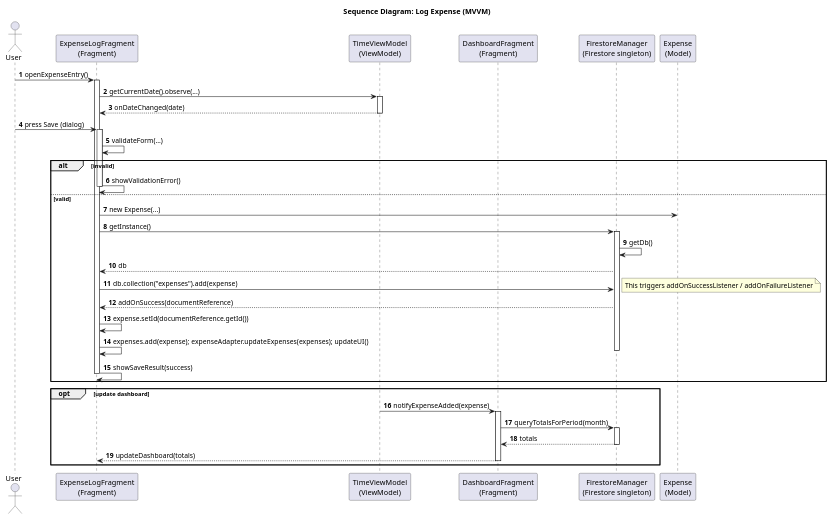
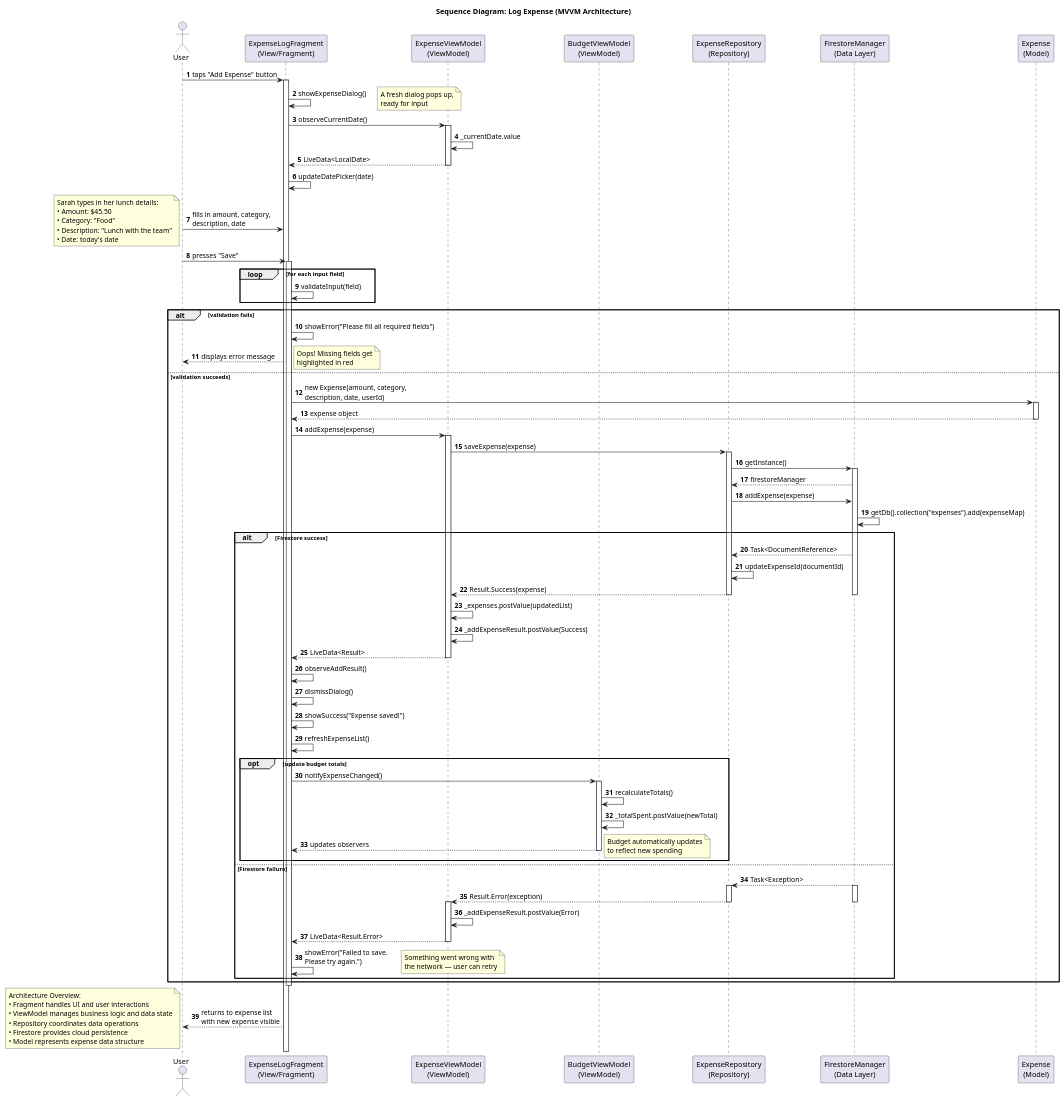
The diagram in Project/Sprint0.5-main/docs/sequence/log_expense_sequence.puml (jmsherrier/finance-tracker), drawn with PlantUML before and after one commit. The commit also changed 1 other file, not shown here.

Commit message:
Update log expense sequence diagram for MVVM
Expanded the sequence diagram to detail the MVVM architecture, including new lifelines for ExpenseViewModel, BudgetViewModel, and ExpenseRepository. The diagram now covers user input, validation, data flow, error handling, and UI updates, providing a more comprehensive view of the expense logging process.

```diff
--- a/Project/Sprint0.5-main/docs/sequence/log_expense_sequence.puml
+++ b/Project/Sprint0.5-main/docs/sequence/log_expense_sequence.puml
@@ -1,62 +1,140 @@
 @startuml
-title Sequence Diagram: Log Expense (MVVM)
+title Sequence Diagram: Log Expense (MVVM Architecture)
 autonumber
 
-' Small humanizing caption
 note top
-    Joseph — Sprint 1
+    Joseph — Sprint 2
+    Tracking how a lunch expense gets logged in the system
 end note
 
-' Lifelines in MVVM flow (project-specific names)
+' MVVM Lifelines with actual project classes
 actor User
-participant ExpenseLog as "ExpenseLogFragment\n(Fragment)"
-participant TimeVM as "TimeViewModel\n(ViewModel)"
-participant Dashboard as "DashboardFragment\n(Fragment)"
-participant Firestore as "FirestoreManager\n(Firestore singleton)"
+participant ExpenseLog as "ExpenseLogFragment\n(View/Fragment)"
+participant ExpenseVM as "ExpenseViewModel\n(ViewModel)"
+participant BudgetVM as "BudgetViewModel\n(ViewModel)"
+participant ExpenseRepo as "ExpenseRepository\n(Repository)"
+participant Firestore as "FirestoreManager\n(Data Layer)"
 participant ExpenseModel as "Expense\n(Model)"
 
-' User opens entry view
-User -> ExpenseLog: openExpenseEntry()
+' === Initial Setup ===
+User -> ExpenseLog: taps "Add Expense" button
 activate ExpenseLog
-ExpenseLog -> TimeVM: getCurrentDate().observe(...)
-activate TimeVM
-' TimeVM observes a global date via GlobalDateManager and notifies ExpenseLog
-TimeVM --> ExpenseLog: onDateChanged(date)
-deactivate TimeVM
+ExpenseLog -> ExpenseLog: showExpenseDialog()
+note right: A fresh dialog pops up,\nready for input
 
-' User fills form and taps Save
-User -> ExpenseLog: press Save (dialog)
+' Observe current date from ViewModel
+ExpenseLog -> ExpenseVM: observeCurrentDate()
+activate ExpenseVM
+ExpenseVM -> ExpenseVM: _currentDate.value
+ExpenseVM --> ExpenseLog: LiveData<LocalDate>
+deactivate ExpenseVM
+ExpenseLog -> ExpenseLog: updateDatePicker(date)
+
+' === User Input Phase ===
+User -> ExpenseLog: fills in amount, category,\ndescription, date
+note left
+    Sarah types in her lunch details:
+    • Amount: $45.50
+    • Category: "Food"
+    • Description: "Lunch with the team"
+    • Date: today's date
+end note
+
+' === Validation & Save ===
+User -> ExpenseLog: presses "Save"
 activate ExpenseLog
-ExpenseLog -> ExpenseLog: validateForm(...)
-alt invalid
-    ExpenseLog -> ExpenseLog: showValidationError()
-    deactivate ExpenseLog
-else valid
-    ExpenseLog -> ExpenseModel: new Expense(...)
-    ExpenseLog -> Firestore: getInstance()
-    activate Firestore
-    Firestore -> Firestore: getDb()
-    Firestore --> ExpenseLog: db
-    ExpenseLog -> Firestore: db.collection("expenses").add(expense)
-    note right: This triggers addOnSuccessListener / addOnFailureListener
-    Firestore --> ExpenseLog: addOnSuccess(documentReference)
-    ExpenseLog -> ExpenseLog: expense.setId(documentReference.getId())
-    ExpenseLog -> ExpenseLog: expenses.add(expense); expenseAdapter.updateExpenses(expenses); updateUI()
-    deactivate Firestore
-    ExpenseLog -> ExpenseLog: showSaveResult(success)
-    deactivate ExpenseLog
+
+loop for each input field
+    ExpenseLog -> ExpenseLog: validateInput(field)
 end
 
-' Notify BudgetViewModel to update aggregates (observer)
-opt update dashboard
-    TimeVM -> Dashboard: notifyExpenseAdded(expense)
-    activate Dashboard
-    Dashboard -> Firestore: queryTotalsForPeriod(month)
+alt validation fails
+    ExpenseLog -> ExpenseLog: showError("Please fill all required fields")
+    ExpenseLog --> User: displays error message
+    note right: Oops! Missing fields get\nhighlighted in red
+else validation succeeds
+    
+    ' Create expense model
+    ExpenseLog -> ExpenseModel: new Expense(amount, category,\ndescription, date, userId)
+    activate ExpenseModel
+    ExpenseModel --> ExpenseLog: expense object
+    deactivate ExpenseModel
+    
+    ' Pass to ViewModel
+    ExpenseLog -> ExpenseVM: addExpense(expense)
+    activate ExpenseVM
+    
+    ExpenseVM -> ExpenseRepo: saveExpense(expense)
+    activate ExpenseRepo
+    
+    ' Repository interacts with Firestore
+    ExpenseRepo -> Firestore: getInstance()
     activate Firestore
-    Firestore --> Dashboard: totals
-    deactivate Firestore
-    Dashboard --> ExpenseLog: updateDashboard(totals)
-    deactivate Dashboard
+    Firestore --> ExpenseRepo: firestoreManager
+    
+    ExpenseRepo -> Firestore: addExpense(expense)
+    Firestore -> Firestore: getDb().collection("expenses").add(expenseMap)
+    
+    alt Firestore success
+        Firestore --> ExpenseRepo: Task<DocumentReference>
+        ExpenseRepo -> ExpenseRepo: updateExpenseId(documentId)
+        ExpenseRepo --> ExpenseVM: Result.Success(expense)
+        deactivate Firestore
+        deactivate ExpenseRepo
+        
+        ' Update LiveData
+        ExpenseVM -> ExpenseVM: _expenses.postValue(updatedList)
+        ExpenseVM -> ExpenseVM: _addExpenseResult.postValue(Success)
+        ExpenseVM --> ExpenseLog: LiveData<Result>
+        deactivate ExpenseVM
+        
+        ' Update UI
+        ExpenseLog -> ExpenseLog: observeAddResult()
+        ExpenseLog -> ExpenseLog: dismissDialog()
+        ExpenseLog -> ExpenseLog: showSuccess("Expense saved!")
+        ExpenseLog -> ExpenseLog: refreshExpenseList()
+        
+        ' Notify other ViewModels
+        opt update budget totals
+            ExpenseLog -> BudgetVM: notifyExpenseChanged()
+            activate BudgetVM
+            BudgetVM -> BudgetVM: recalculateTotals()
+            BudgetVM -> BudgetVM: _totalSpent.postValue(newTotal)
+            BudgetVM --> ExpenseLog: updates observers
+            deactivate BudgetVM
+            note right: Budget automatically updates\nto reflect new spending
+        end
+        
+    else Firestore failure
+        Firestore --> ExpenseRepo: Task<Exception>
+        activate Firestore
+        activate ExpenseRepo
+        ExpenseRepo --> ExpenseVM: Result.Error(exception)
+        deactivate Firestore
+        deactivate ExpenseRepo
+        activate ExpenseVM
+        ExpenseVM -> ExpenseVM: _addExpenseResult.postValue(Error)
+        ExpenseVM --> ExpenseLog: LiveData<Result.Error>
+        deactivate ExpenseVM
+        
+        ExpenseLog -> ExpenseLog: showError("Failed to save.\nPlease try again.")
+        note right: Something went wrong with\nthe network — user can retry
+    end
+    
 end
 
+deactivate ExpenseLog
+
+' === Final State ===
+ExpenseLog --> User: returns to expense list\nwith new expense visible
+
+note bottom
+    Architecture Overview:
+    • Fragment handles UI and user interactions
+    • ViewModel manages business logic and data state
+    • Repository coordinates data operations
+    • Firestore provides cloud persistence
+    • Model represents expense data structure
+end note
+
 @enduml
```
